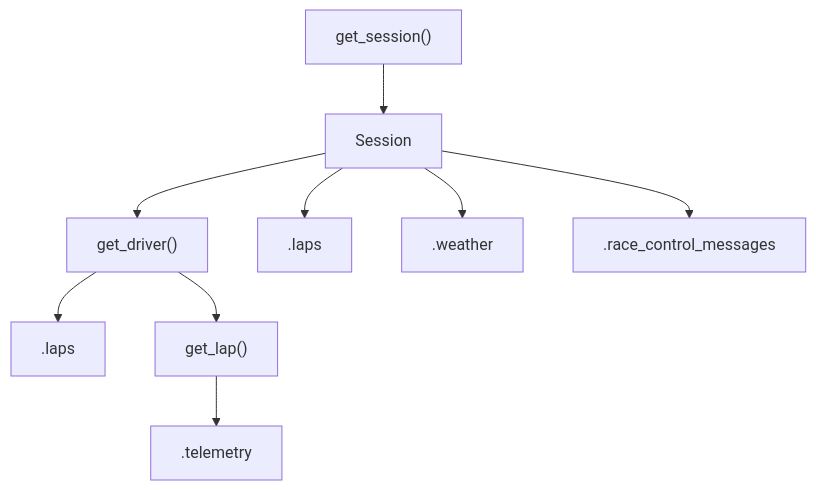
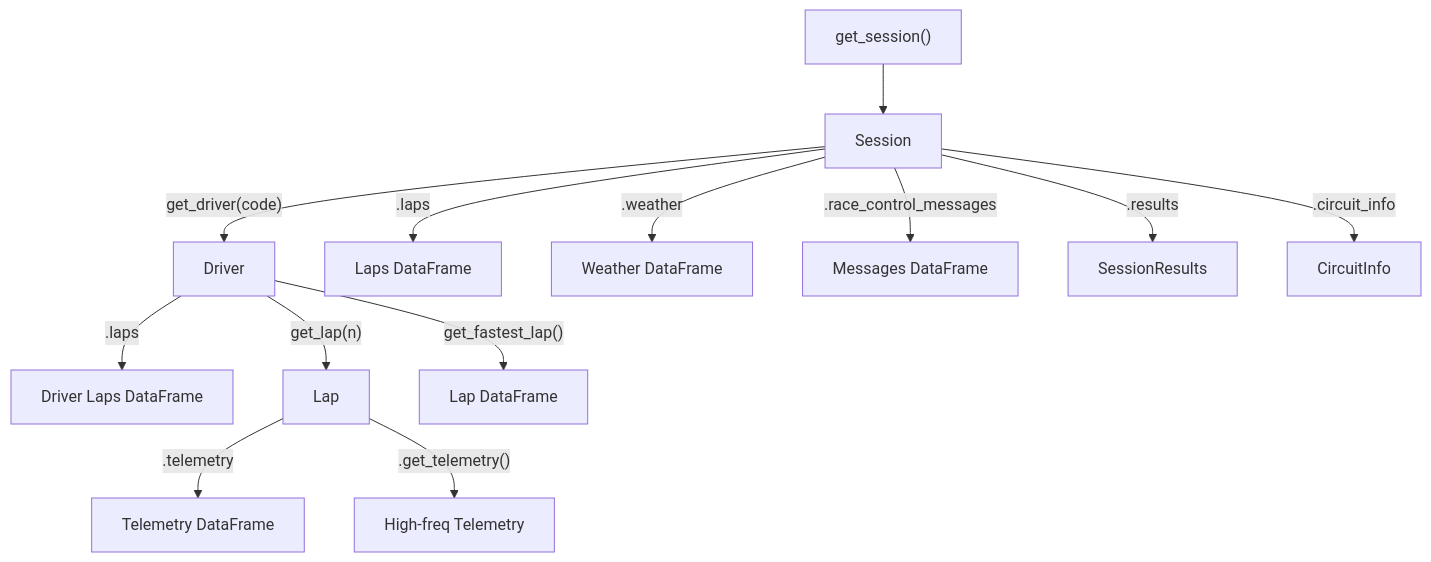
The diagram in docs/api-reference/overview.mdx (TracingInsights/tif1), drawn with Mermaid before and after one commit. The commit also changed other lines of this file and 32 other files, not shown here.

````diff
--- a/docs/api-reference/overview.mdx
+++ b/docs/api-reference/overview.mdx
@@ -51,11 +914,15 @@
 ```mermaid
 graph TD
     get_session["get_session()"] --> Session
-    Session --> Driver["get_driver()"]
-    Session --> Laps[".laps"]
-    Session --> Weather[".weather"]
-    Session --> Messages[".race_control_messages"]
-    Driver --> DrvLaps[".laps"]
-    Driver --> Lap["get_lap()"]
-    Lap --> Telemetry[".telemetry"]
+    Session --> |"get_driver(code)"| Driver
+    Session --> |".laps"| Laps["Laps DataFrame"]
+    Session --> |".weather"| Weather["Weather DataFrame"]
+    Session --> |".race_control_messages"| Messages["Messages DataFrame"]
+    Session --> |".results"| Results["SessionResults"]
+    Session --> |".circuit_info"| Circuit["CircuitInfo"]
+    Driver --> |".laps"| DrvLaps["Driver Laps DataFrame"]
+    Driver --> |"get_lap(n)"| Lap
+    Driver --> |"get_fastest_lap()"| FastestLap["Lap DataFrame"]
+    Lap --> |".telemetry"| Telemetry["Telemetry DataFrame"]
+    Lap --> |".get_telemetry()"| TelData["High-freq Telemetry"]
 ```
````
